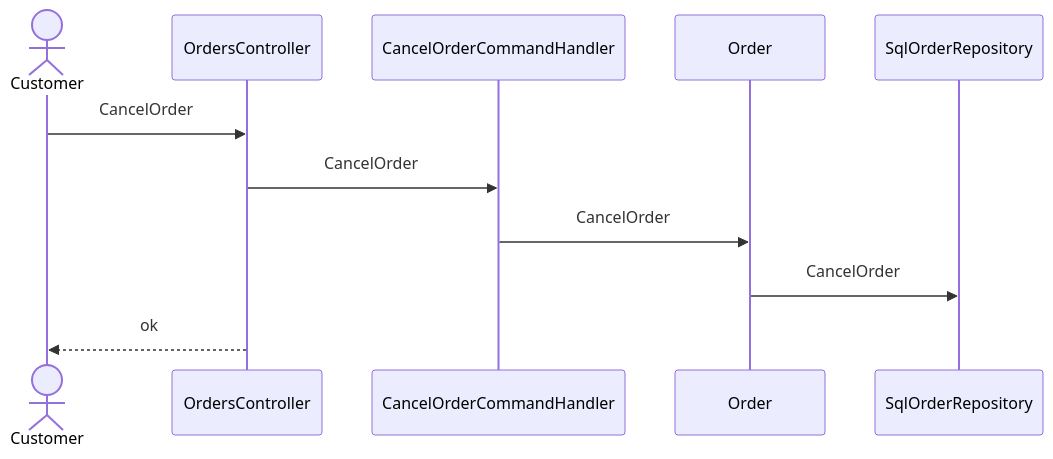
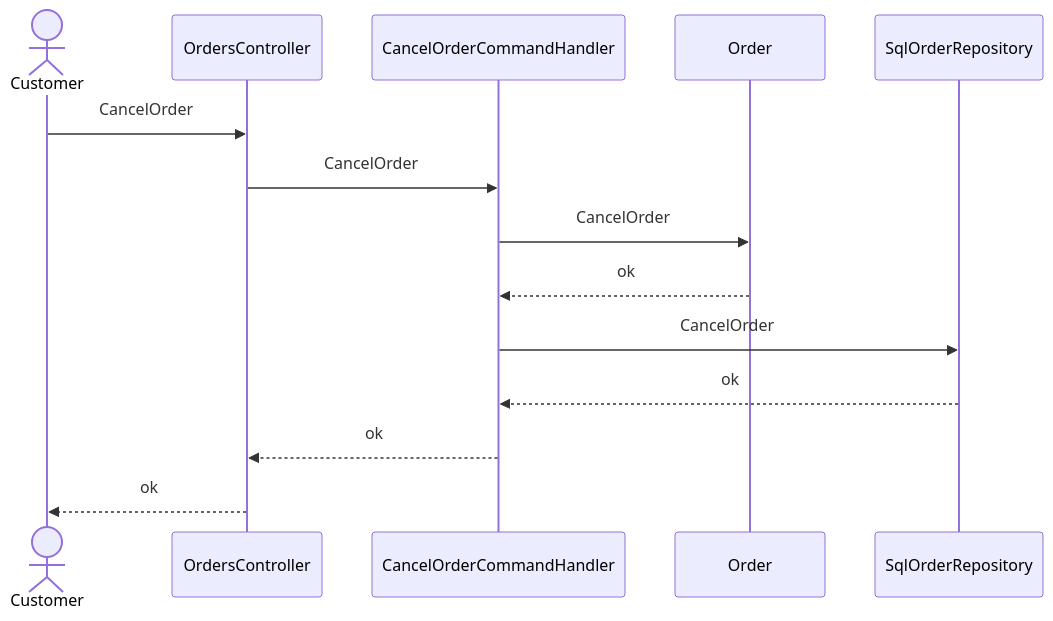
Before and after one commit to pin0513/AITools: the fourth of 6 diagrams in skills/spec-dev-process/examples/matrix/be-only-mixed-s1/specs/rd/order-cancel/spec/30-architecture-c4.md, drawn with Mermaid. The commit also changed other lines of this file and 257 other files, not shown here.

````diff
--- a/skills/spec-dev-process/examples/matrix/be-only-mixed-s1/specs/rd/order-cancel/spec/30-architecture-c4.md
+++ b/skills/spec-dev-process/examples/matrix/be-only-mixed-s1/specs/rd/order-cancel/spec/30-architecture-c4.md
@@ -84,13 +84,16 @@
 ```mermaid
 sequenceDiagram
   actor U as Customer
   participant CMP001 as OrdersController
   participant CMP002 as CancelOrderCommandHandler
   participant CMP005 as Order
   participant CMP006 as SqlOrderRepository
   U->>CMP001: CancelOrder
   CMP001->>CMP002: CancelOrder
   CMP002->>CMP005: CancelOrder
-  CMP005->>CMP006: CancelOrder
+  CMP005-->>CMP002: ok
+  CMP002->>CMP006: CancelOrder
+  CMP006-->>CMP002: ok
+  CMP002-->>CMP001: ok
   CMP001-->>U: ok
 ```
````
